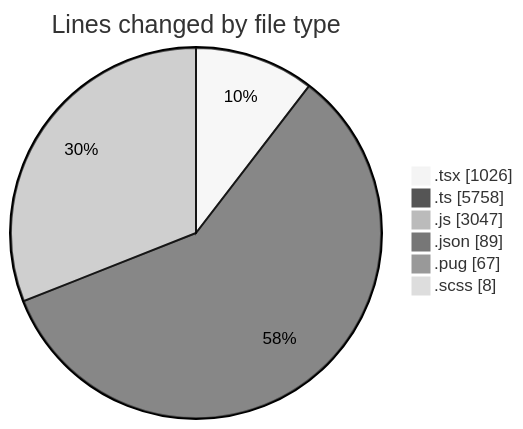
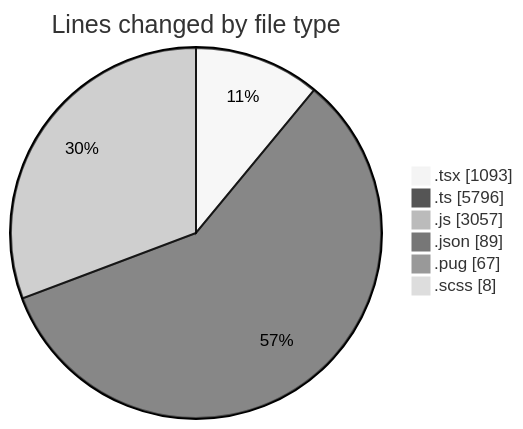
One commit to momahboobian/code-tracking changed the first of 2 diagrams in 2025-03-24/cda/README.md. Above: the diagram before and after it, drawn with Mermaid (neutral theme). The commit also changed other lines of this file and 1 other file, not shown here.

````diff
--- a/2025-03-24/cda/README.md
+++ b/2025-03-24/cda/README.md
@@ -41,10 +41,10 @@
 ```mermaid
 pie showData
 title Lines changed by file type
-".tsx" : 1026
-".ts" : 5758
-".js" : 3047
+".tsx" : 1093
+".ts" : 5796
+".js" : 3057
 ".json" : 89
 ".pug" : 67
 ".scss" : 8
 ```
````
